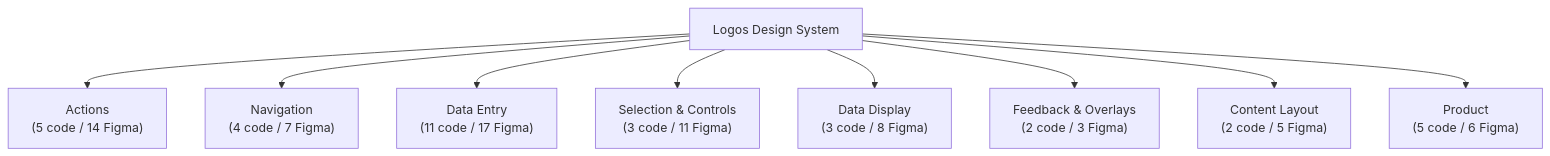
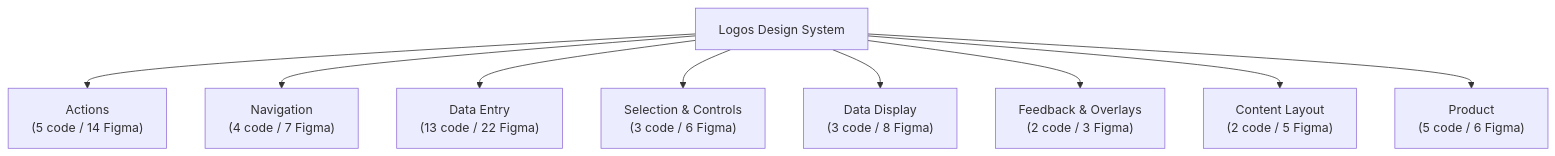
The second of 2 diagrams in inventory/docs/08-taxonomy.md (calebn/design-system-theme-evolution), drawn with Mermaid before and after one commit. The commit also changed other lines of this file and 12 other files, not shown here.

````diff
--- a/inventory/docs/08-taxonomy.md
+++ b/inventory/docs/08-taxonomy.md
@@ -64,12 +66,12 @@
 ```mermaid
 graph TD
   DesignSystem["Logos Design System"]
   DesignSystem --> actions["Actions\n(5 code / 14 Figma)"]
   DesignSystem --> navigation["Navigation\n(4 code / 7 Figma)"]
-  DesignSystem --> data_entry["Data Entry\n(11 code / 17 Figma)"]
-  DesignSystem --> selection["Selection & Controls\n(3 code / 11 Figma)"]
+  DesignSystem --> data_entry["Data Entry\n(13 code / 22 Figma)"]
+  DesignSystem --> selection["Selection & Controls\n(3 code / 6 Figma)"]
   DesignSystem --> data_display["Data Display\n(3 code / 8 Figma)"]
   DesignSystem --> feedback["Feedback & Overlays\n(2 code / 3 Figma)"]
   DesignSystem --> content_layout["Content Layout\n(2 code / 5 Figma)"]
   DesignSystem --> product["Product\n(5 code / 6 Figma)"]
 ```
````
